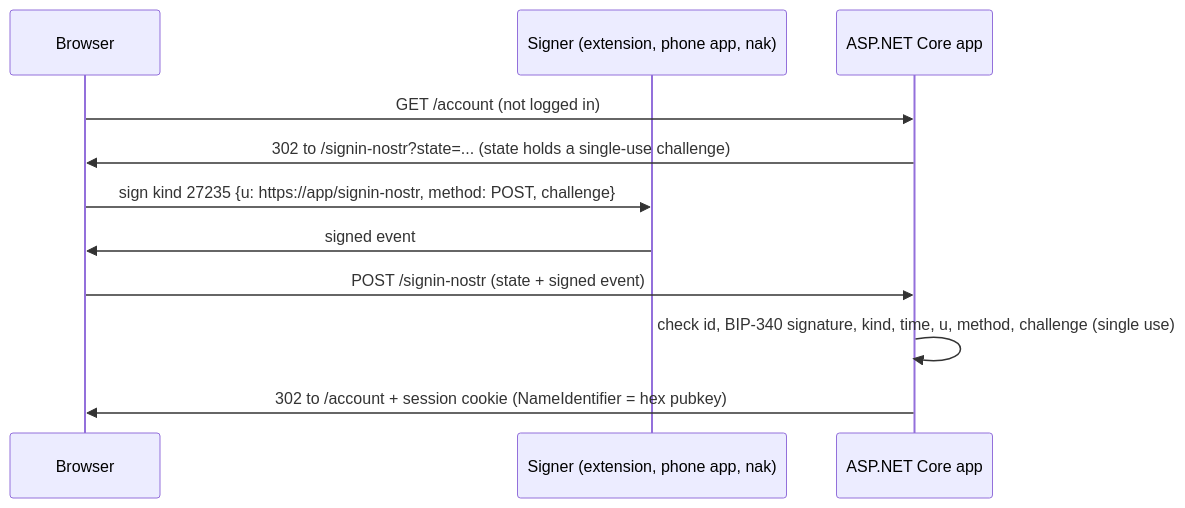
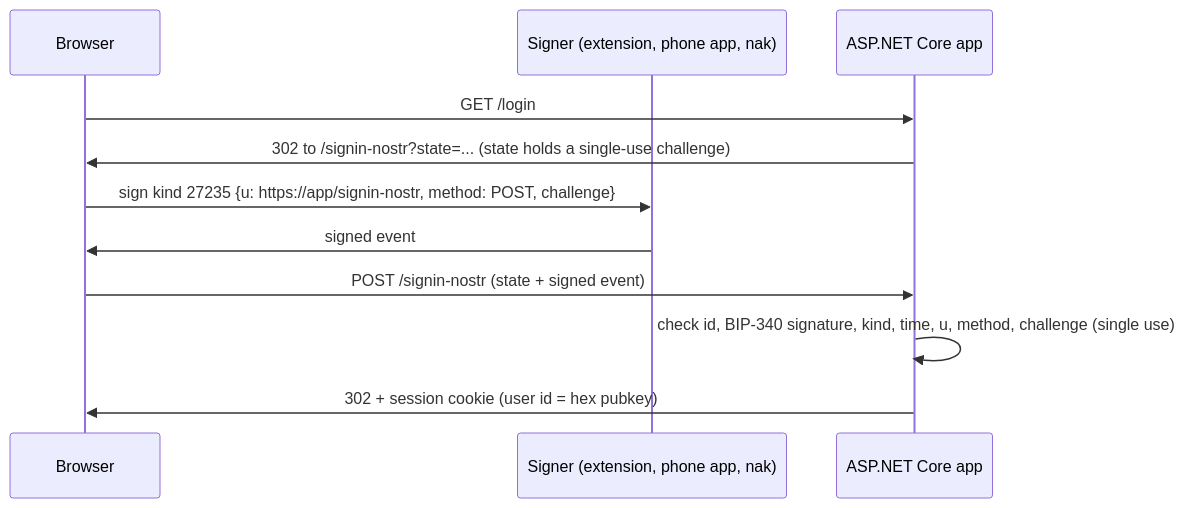
Before and after one commit to urza/nostr-login: the diagram in README.md, drawn with Mermaid. The commit also changed other lines of this file and 29 other files, not shown here.

````diff
--- a/README.md
+++ b/README.md
@@ -13,13 +29,13 @@
 ```mermaid
 sequenceDiagram
     participant B as Browser
     participant S as Signer (extension, phone app, nak)
     participant A as ASP.NET Core app
-    B->>A: GET /account (not logged in)
+    B->>A: GET /login
     A->>B: 302 to /signin-nostr?state=... (state holds a single-use challenge)
     B->>S: sign kind 27235 {u: https://app/signin-nostr, method: POST, challenge}
     S->>B: signed event
     B->>A: POST /signin-nostr (state + signed event)
     A->>A: check id, BIP-340 signature, kind, time, u, method, challenge (single use)
-    A->>B: 302 to /account + session cookie (NameIdentifier = hex pubkey)
+    A->>B: 302 + session cookie (user id = hex pubkey)
 ```
````
